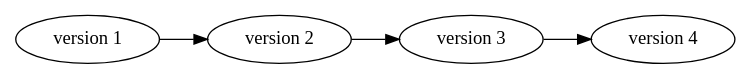
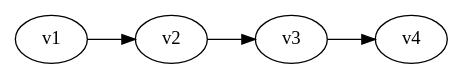
The first of 3 diagrams in theme1/PE103/vcs.qmd (RENCI-NRIG/x-cite), drawn with Graphviz before and after one commit. The commit also changed other lines of this file, not shown here.

````diff
--- a/theme1/PE103/vcs.qmd
+++ b/theme1/PE103/vcs.qmd
@@ -61,14 +61,9 @@
 ```{dot}
 digraph G {
   rankdir=LR;  
   
-  v1 [label="version 1"];
-  v2 [label="version 2"];  
-  v3 [label="version 3"];    
-  v4 [label="version 4"];      
-
   v1 -> v2; 
   v2 -> v3;
   v3 -> v4;
 }
 ```
````
